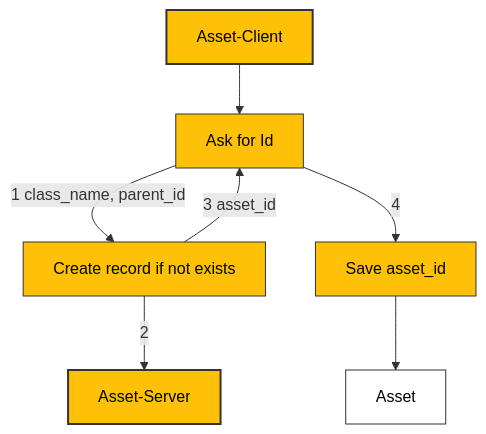
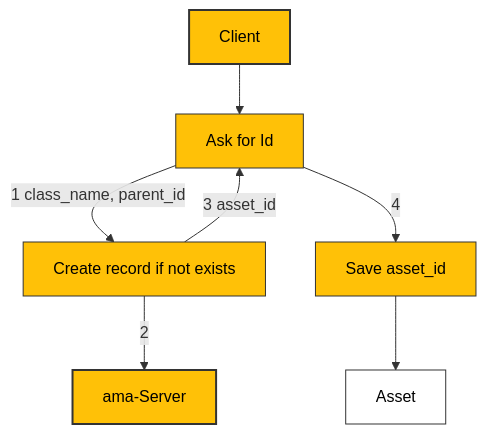
Before and after one commit to Roche-CSI/ama: the diagram in docs/implementation/asset_upload/asset_commit.md, drawn with Mermaid. The commit also changed 1 other file, not shown here.

Commit message:
minor fix: added ama-server

````diff
--- a/docs/implementation/asset_upload/asset_commit.md
+++ b/docs/implementation/asset_upload/asset_commit.md
@@ -42,40 +42,40 @@
 ```mermaid
 %% graph TD
 %%     AssetClient["A"] --> AskForId["Ask for Id"]
 %%     AmaServer["ama-Server"]
     
 %%     AskForId -->|"1 class_name, parent_id"| CreateRecord
 %%     CreateRecord -->|2| AmaServer
 %%     CreateRecord -->|" 3   asset_id"| AskForId
 %%     AskForId -->|4| SaveAssetId["Save asset_id"]
 %%     SaveAssetId --> Asset["Asset"]
     
    
     
 %%     class AssetClient client
 %%     class AssetServer server
 %%     class AskForId,CreateRecord,SaveAssetId decision
 %%     class Asset asset
 
 flowchart TD
-    AssetClient["Asset-Client"] --> AskForId["Ask for Id"]
-    AssetServer["Asset-Server"]
+    AssetClient["Client"] --> AskForId["Ask for Id"]
+    AssetServer["ama-Server"]
     CreateRecord["Create record if not exists"]
     
     AskForId -->|"1 class_name, parent_id"| CreateRecord
     CreateRecord -->|2| AssetServer
     CreateRecord -->|"3 asset_id"| AskForId
     AskForId -->|4| SaveAssetId["Save asset_id"]
     SaveAssetId --> Asset["Asset"]
     
     %% Styling
     classDef client fill:#FFC107,stroke:#333,stroke-width:2px,color:black
     classDef server fill:#FFC107,stroke:#333,stroke-width:2px,color:black
     classDef decision fill:#FFC107,stroke:#333,stroke-width:1px,color:black,shape:diamond
     classDef asset fill:white,stroke:#333,stroke-width:1px,color:black
     
     class AssetClient client
     class AssetServer server
     class AskForId,CreateRecord,SaveAssetId decision
     class Asset asset
 ```
````
